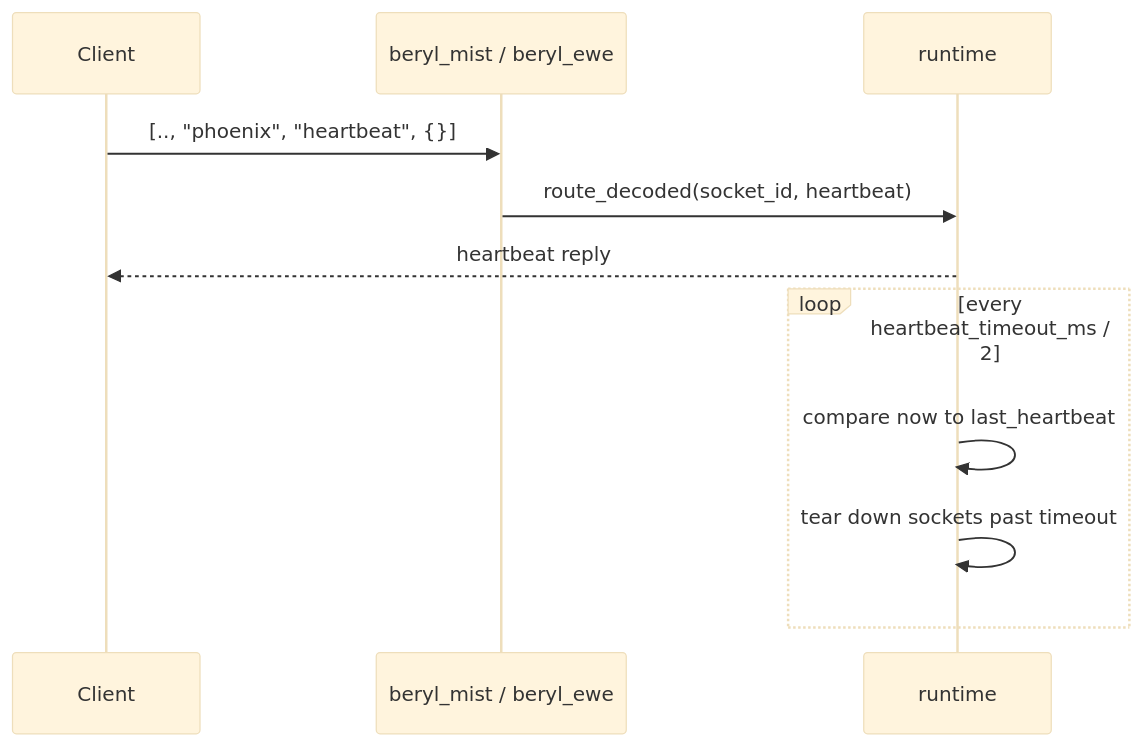
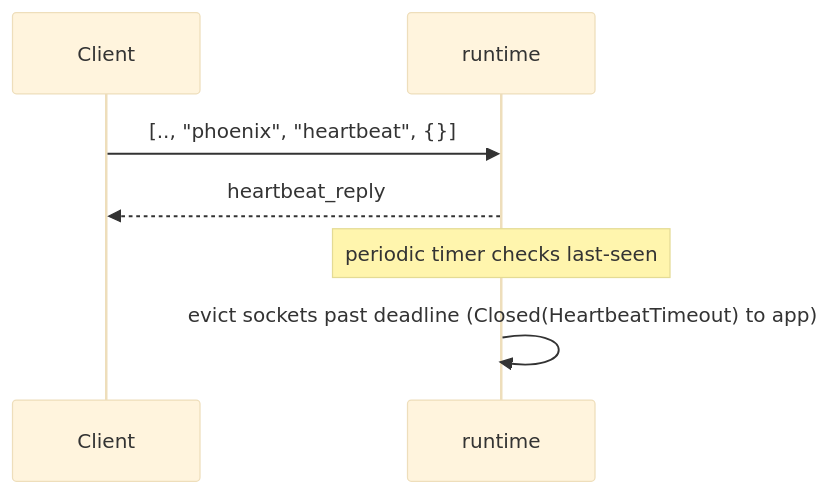
Before and after one commit to tylerbutler/beryl: the fifth of 6 diagrams in website/src/content/docs/architecture/message-lifecycle.md, drawn with Mermaid (base theme). The commit also changed other lines of this file and 35 other files, not shown here.

````diff
--- a/website/src/content/docs/architecture/message-lifecycle.md
+++ b/website/src/content/docs/architecture/message-lifecycle.md
@@ -81,13 +82,9 @@
 ```mermaid
 sequenceDiagram
   participant Client
-  participant Transport as beryl_mist / beryl_ewe
-  participant Runtime as runtime
-  Client->>Transport: [.., "phoenix", "heartbeat", {}]
-  Transport->>Runtime: route_decoded(socket_id, heartbeat)
-  Runtime-->>Client: heartbeat reply
-  loop every heartbeat_timeout_ms / 2
-    Runtime->>Runtime: compare now to last_heartbeat
-    Runtime->>Runtime: tear down sockets past timeout
-  end
+  participant RT as runtime
+  Client->>RT: [.., "phoenix", "heartbeat", {}]
+  RT-->>Client: heartbeat_reply
+  Note over RT: periodic timer checks last-seen
+  RT->>RT: evict sockets past deadline (Closed(HeartbeatTimeout) to app)
 ```
````
